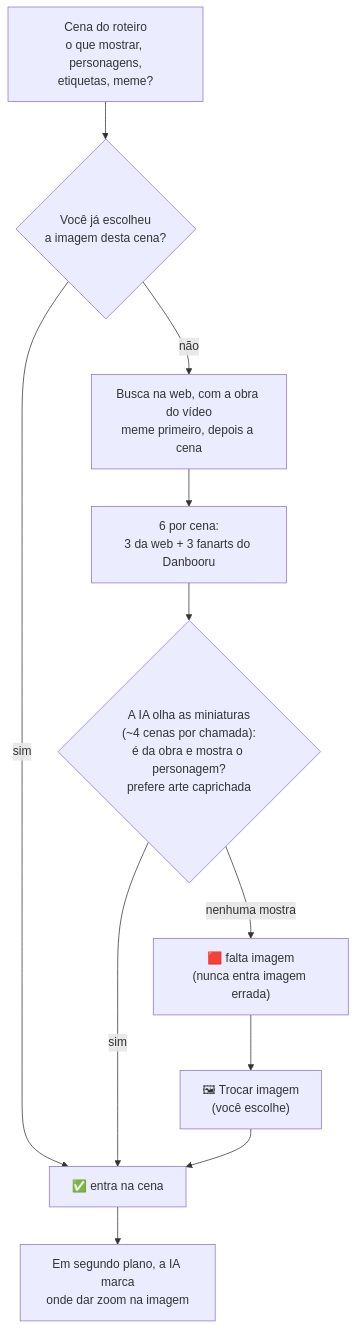
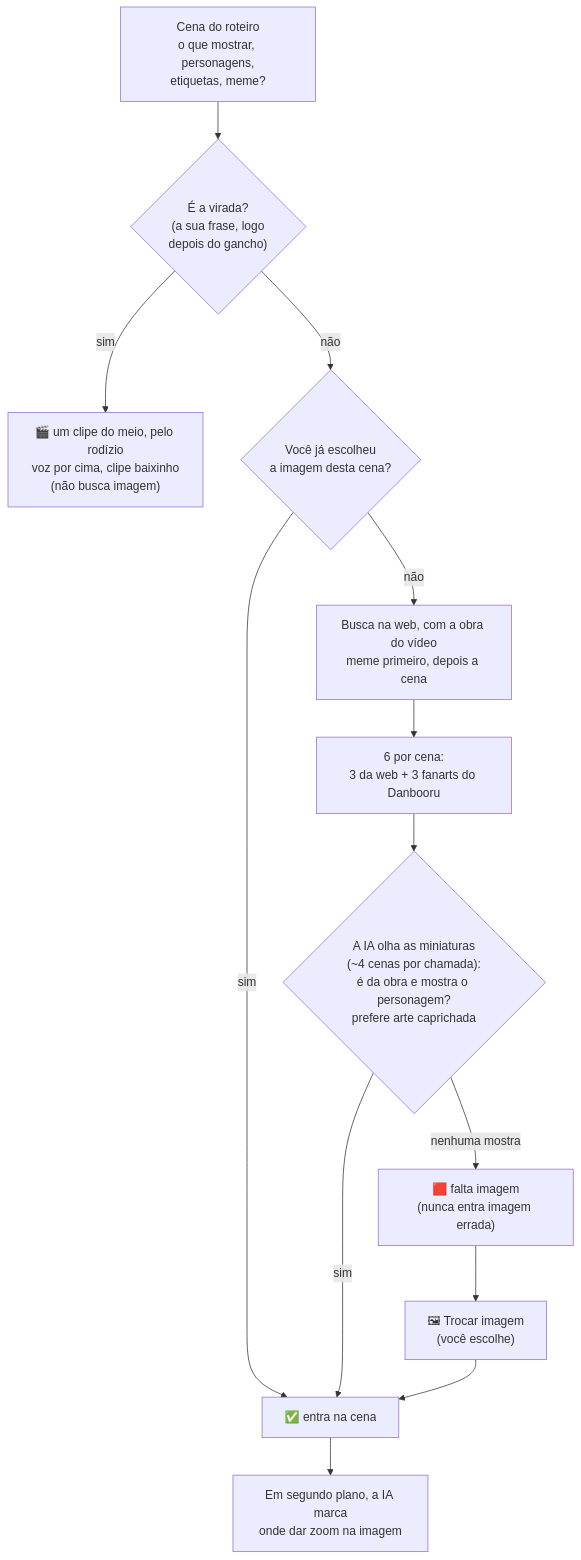
Before and after one commit to Edugiyuu/InstaSearch: the diagram in docs/diagramas/09-montagem-e-imagens.mmd, drawn with Mermaid. The commit also changed 53 other files, not shown here.

```diff
--- a/docs/diagramas/09-montagem-e-imagens.mmd
+++ b/docs/diagramas/09-montagem-e-imagens.mmd
@@ -1,11 +1,13 @@
 flowchart TD
-    B["Cena do roteiro<br/>o que mostrar, personagens,<br/>etiquetas, meme?"] --> LOCK{"Você já escolheu<br/>a imagem desta cena?"}
+    B["Cena do roteiro<br/>o que mostrar, personagens,<br/>etiquetas, meme?"] --> PIV{"É a virada?<br/>(a sua frase, logo<br/>depois do gancho)"}
+    PIV -- "sim" --> CLIP["🎬 um clipe do meio, pelo rodízio<br/>voz por cima, clipe baixinho<br/>(não busca imagem)"]
+    PIV -- "não" --> LOCK{"Você já escolheu<br/>a imagem desta cena?"}
     LOCK -- "sim" --> OK["✅ entra na cena"]
     LOCK -- "não" --> SRCH["Busca na web, com a obra do vídeo<br/>meme primeiro, depois a cena"]
     SRCH --> TOP["6 por cena:<br/>3 da web + 3 fanarts do Danbooru"]
     TOP --> VIS{"A IA olha as miniaturas<br/>(~4 cenas por chamada):<br/>é da obra e mostra o personagem?<br/>prefere arte caprichada"}
     VIS -- "sim" --> OK
     VIS -- "nenhuma mostra" --> MISS["🟥 falta imagem<br/>(nunca entra imagem errada)"]
     MISS --> HAND["🖼 Trocar imagem<br/>(você escolhe)"]
     HAND --> OK
     OK --> ZOOM["Em segundo plano, a IA marca<br/>onde dar zoom na imagem"]
```
